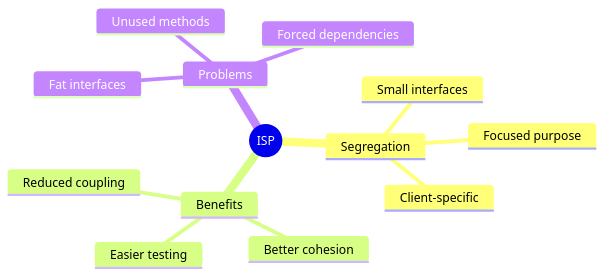
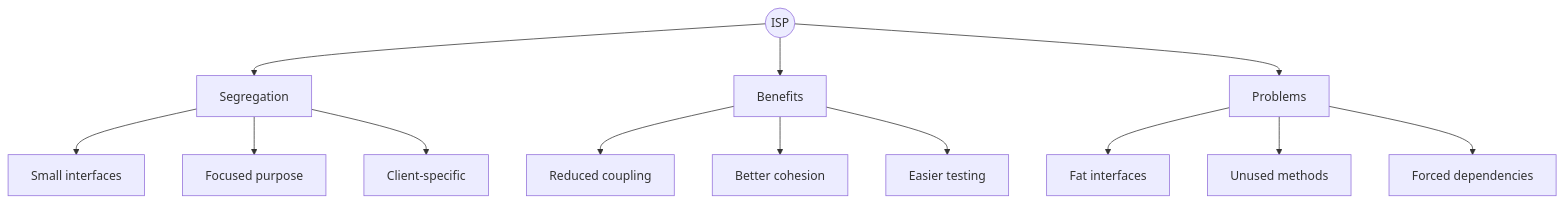
One commit to krishjha1121/Prep changed the first of 2 diagrams in LLD/02-solid-principles/04-isp.md. Above: the diagram before and after it, drawn with Mermaid. The commit also changed other lines of this file and 2 other files, not shown here.

Commit message:
add isp and dip

````diff
--- a/LLD/02-solid-principles/04-isp.md
+++ b/LLD/02-solid-principles/04-isp.md
@@ -20,16 +20,19 @@
 ```mermaid
-mindmap
-  root((ISP))
-    Segregation
-      Small interfaces
-      Focused purpose
-      Client-specific
-    Benefits
-      Reduced coupling
-      Better cohesion
-      Easier testing
-    Problems
-      Fat interfaces
-      Unused methods
-      Forced dependencies
+%%{init:{'theme' : 'default'}}%%
+flowchart TD
+    A((ISP))
+    A --> B[Segregation]
+    B --> B1[Small interfaces]
+    B --> B2[Focused purpose]
+    B --> B3[Client-specific]
+
+    A --> C[Benefits]
+    C --> C1[Reduced coupling]
+    C --> C2[Better cohesion]
+    C --> C3[Easier testing]
+
+    A --> D[Problems]
+    D --> D1[Fat interfaces]
+    D --> D2[Unused methods]
+    D --> D3[Forced dependencies]
 ```
````
